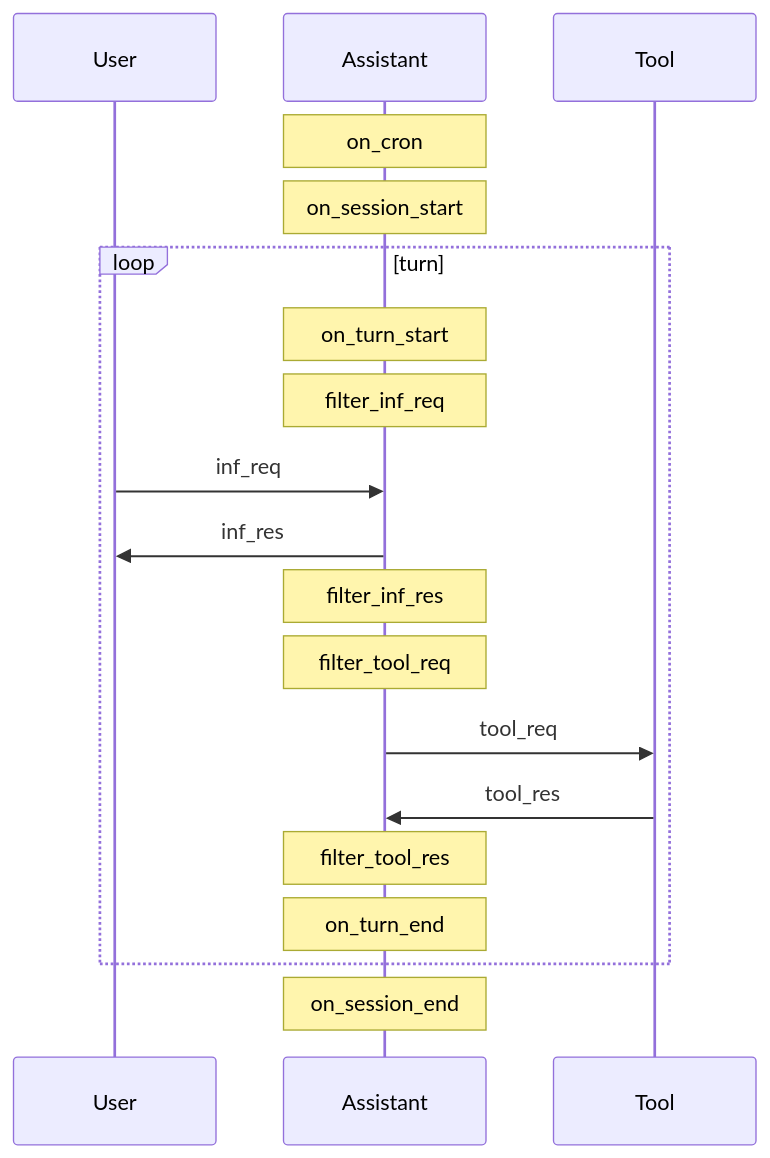
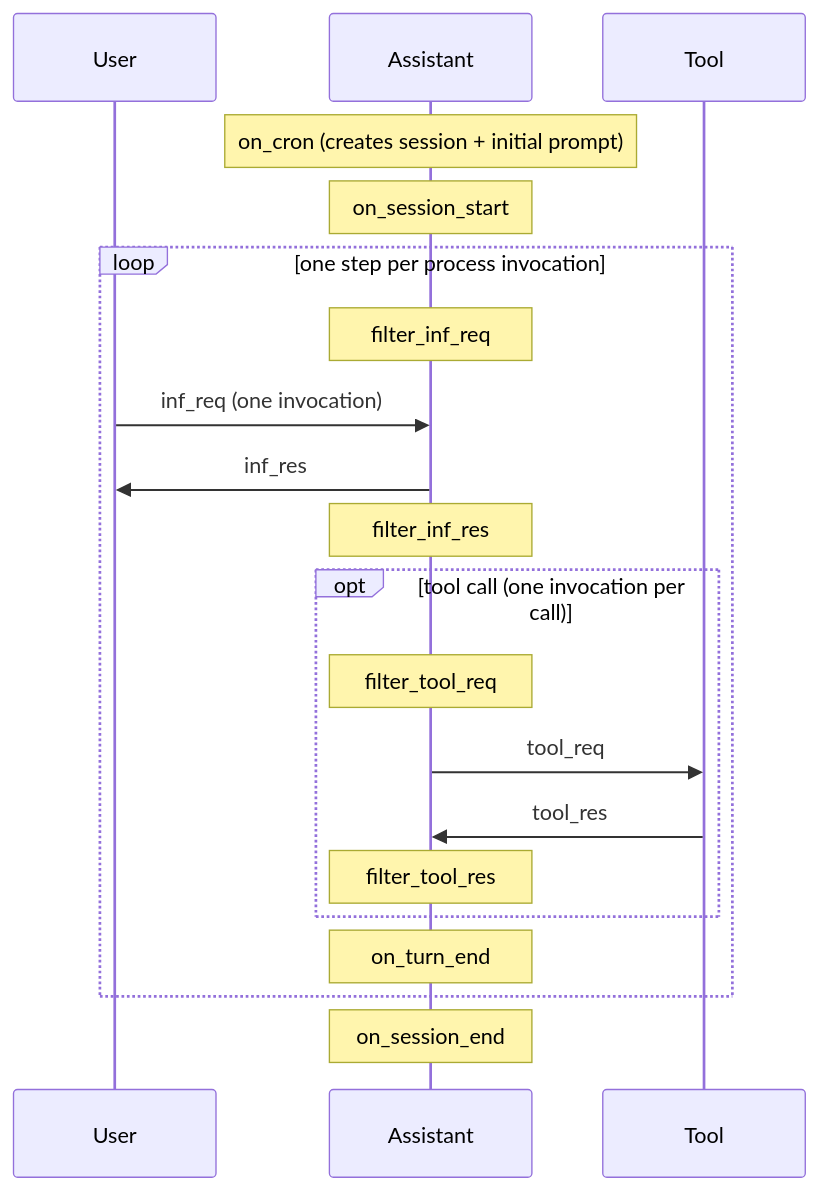
Before and after one commit to mikesmullin/wasm1: the diagram in docs/LOOP.md, drawn with Mermaid. The commit also changed other lines of this file and 10 other files, not shown here.

````diff
--- a/docs/LOOP.md
+++ b/docs/LOOP.md
@@ -5,22 +5,23 @@
 ```mermaid
 sequenceDiagram
   participant u as User
   participant a as Assistant
   participant t as Tool
 
-  note over a: on_cron
+  note over a: on_cron (creates session + initial prompt)
   note over a: on_session_start
-  loop turn
-    note over a: on_turn_start
+  loop one step per process invocation
     note over a: filter_inf_req
-    u->>a: inf_req
+    u->>a: inf_req (one invocation)
     a->>u: inf_res
     note over a: filter_inf_res
-    note over a: filter_tool_req
-    a->>t: tool_req
-    t->>a: tool_res
-    note over a: filter_tool_res
+    opt tool call (one invocation per call)
+      note over a: filter_tool_req
+      a->>t: tool_req
+      t->>a: tool_res
+      note over a: filter_tool_res
+    end
     note over a: on_turn_end
   end
   note over a: on_session_end
 ```
````
